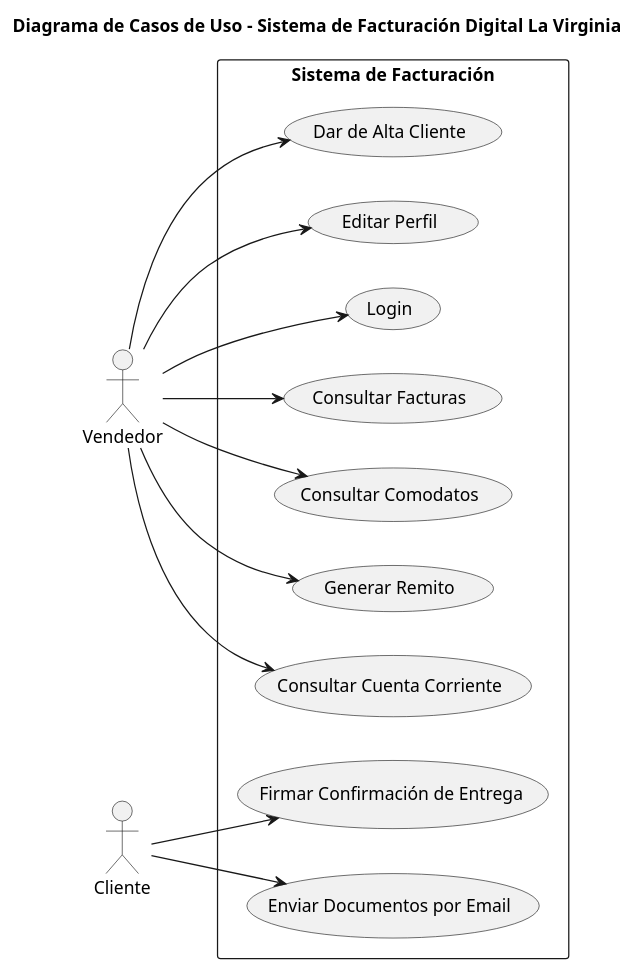
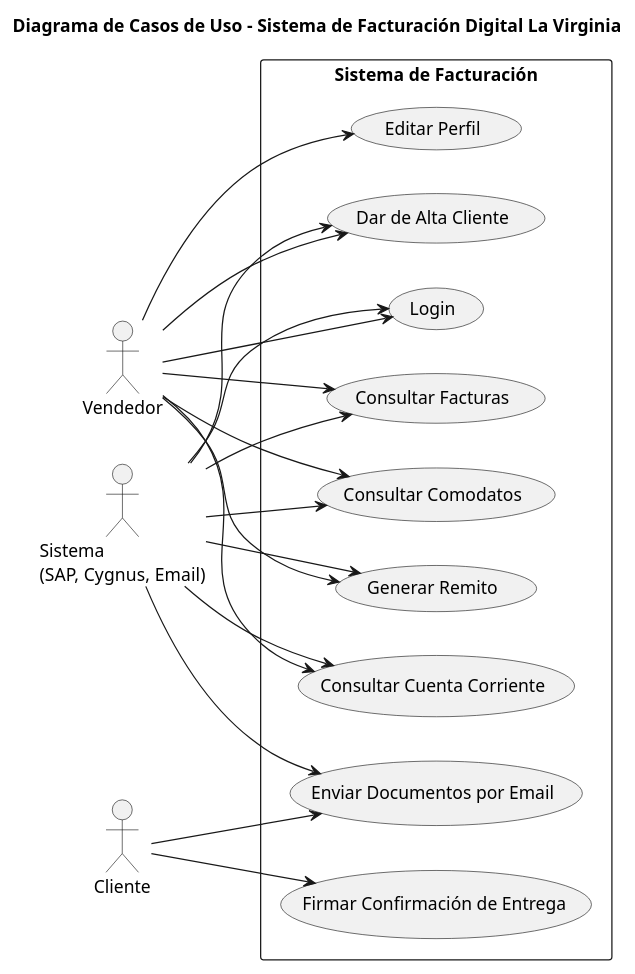
The diagram in diagramas/casos-de-uso.puml (35584674-source/Proyecto_lv_dw), drawn with PlantUML before and after one commit.

Commit message:
Agrego actor Sistema al diagrama de casos de uso

```diff
--- a/diagramas/casos-de-uso.puml
+++ b/diagramas/casos-de-uso.puml
@@ -1,37 +1,42 @@
 @startuml
 title Diagrama de Casos de Uso - Sistema de Facturación Digital La Virginia
 
 left to right direction
 
 ' --- Actores ---
 actor "Vendedor" as A1
 actor "Cliente" as A2
+actor "Sistema\n(SAP, Cygnus, Email)" as A3
 
 ' --- Sistema ---
 rectangle "Sistema de Facturación" {
   usecase "Login" as UC1
   usecase "Consultar Facturas" as UC2
   usecase "Consultar Comodatos" as UC3
   usecase "Generar Remito" as UC4
   usecase "Firmar Confirmación de Entrega" as UC5
   usecase "Consultar Cuenta Corriente" as UC6
   usecase "Dar de Alta Cliente" as UC7
   usecase "Editar Perfil" as UC8
   usecase "Enviar Documentos por Email" as UC9
 }
 
 ' --- Relaciones actor-caso de uso ---
 A1 --> UC1
 A1 --> UC2
 A1 --> UC3
 A1 --> UC4
 A1 --> UC6
 A1 --> UC7
 A1 --> UC8
 A2 --> UC5
 A2 --> UC9
-
-' --- Relaciones entre casos de uso ---
-
+A3 --> UC1
+A3 --> UC2
+A3 --> UC3
+A3 --> UC4
+A3 --> UC6
+A3 --> UC7
+A3 --> UC9
 
 @enduml
```
